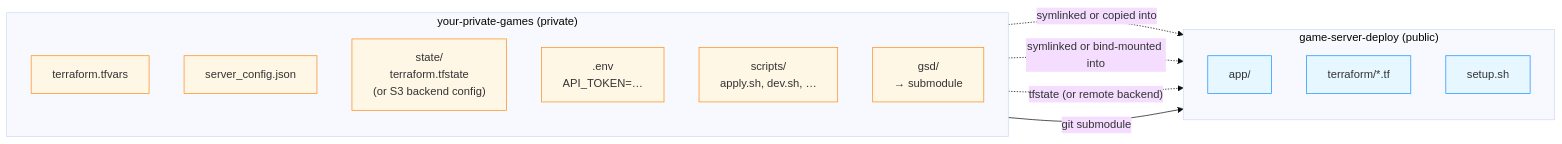
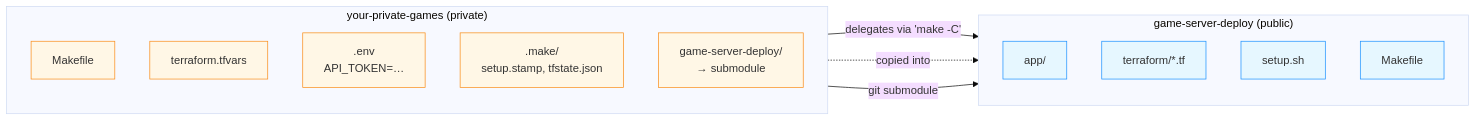
Before and after one commit to CoderCoco/game-server-deploy: the diagram in docs/docs/guides/submodule.md, drawn with Mermaid (base theme). The commit also changed other lines of this file and 8 other files, not shown here.

First line of the commit message:
docs(submodule): rewrite guide around wrapper-Makefile pattern + add scaffolder

````diff
--- a/docs/docs/guides/submodule.md
+++ b/docs/docs/guides/submodule.md
@@ -27,27 +27,26 @@
 ```mermaid
 flowchart LR
   classDef public fill:#e6f7ff,stroke:#1890ff
   classDef priv   fill:#fff7e6,stroke:#fa8c16
 
   subgraph Parent["your-private-games (private)"]
     direction TB
+    PMK["Makefile"]:::priv
     PTF["terraform.tfvars"]:::priv
-    PCFG["server_config.json"]:::priv
-    PSTATE["state/<br/>terraform.tfstate<br/>(or S3 backend config)"]:::priv
     PENV[".env<br/>API_TOKEN=…"]:::priv
-    PSCRIPT["scripts/<br/>apply.sh, dev.sh, …"]:::priv
-    PSUB["gsd/<br/>→ submodule"]:::priv
+    PSTAMP[".make/<br/>setup.stamp, tfstate.json"]:::priv
+    PSUB["game-server-deploy/<br/>→ submodule"]:::priv
   end
 
   subgraph Upstream["game-server-deploy (public)"]
     direction TB
     UAPP["app/"]:::public
     UTF["terraform/*.tf"]:::public
     USET["setup.sh"]:::public
+    UMK["Makefile"]:::public
   end
 
   PSUB -- "git submodule" --> Upstream
-  PTF -. "symlinked or copied into" .-> UTF
-  PCFG -. "symlinked or bind-mounted into" .-> UAPP
-  PSTATE -. "tfstate (or remote backend)" .-> UTF
+  PMK  -- "delegates via 'make -C'" --> UMK
+  PTF  -. "copied into" .-> UTF
 ```
````
